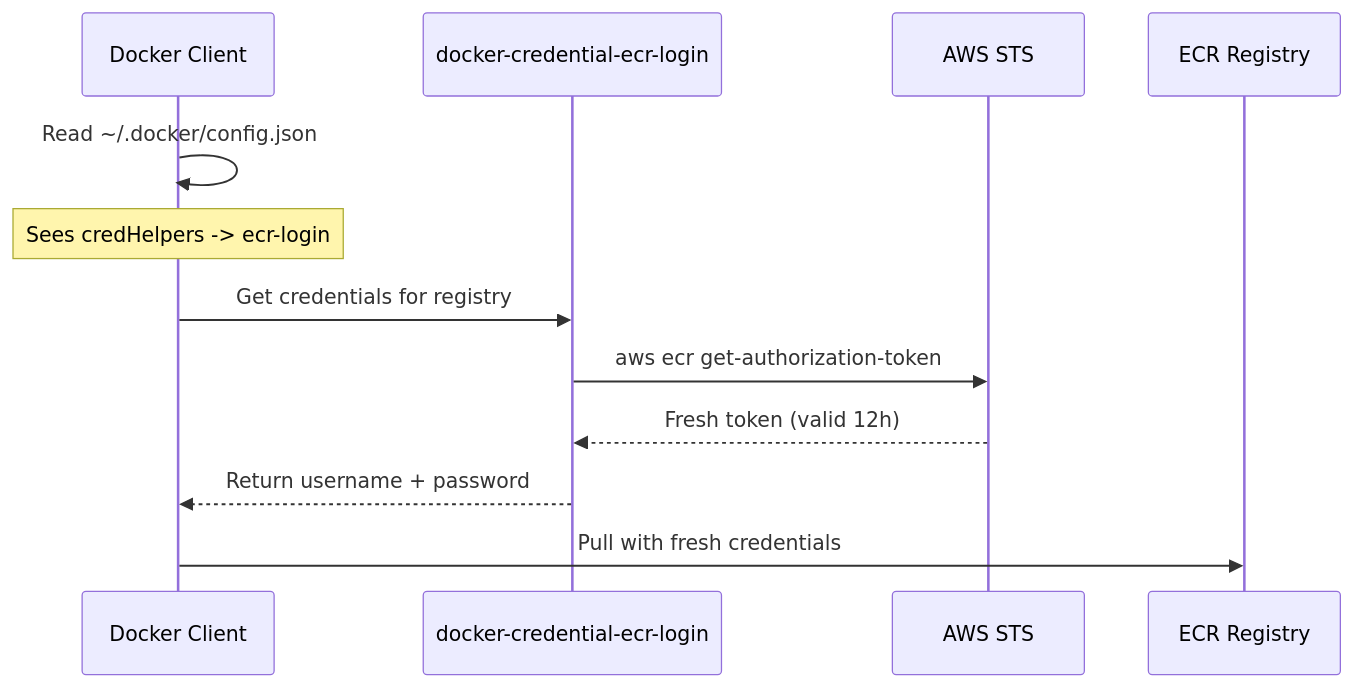
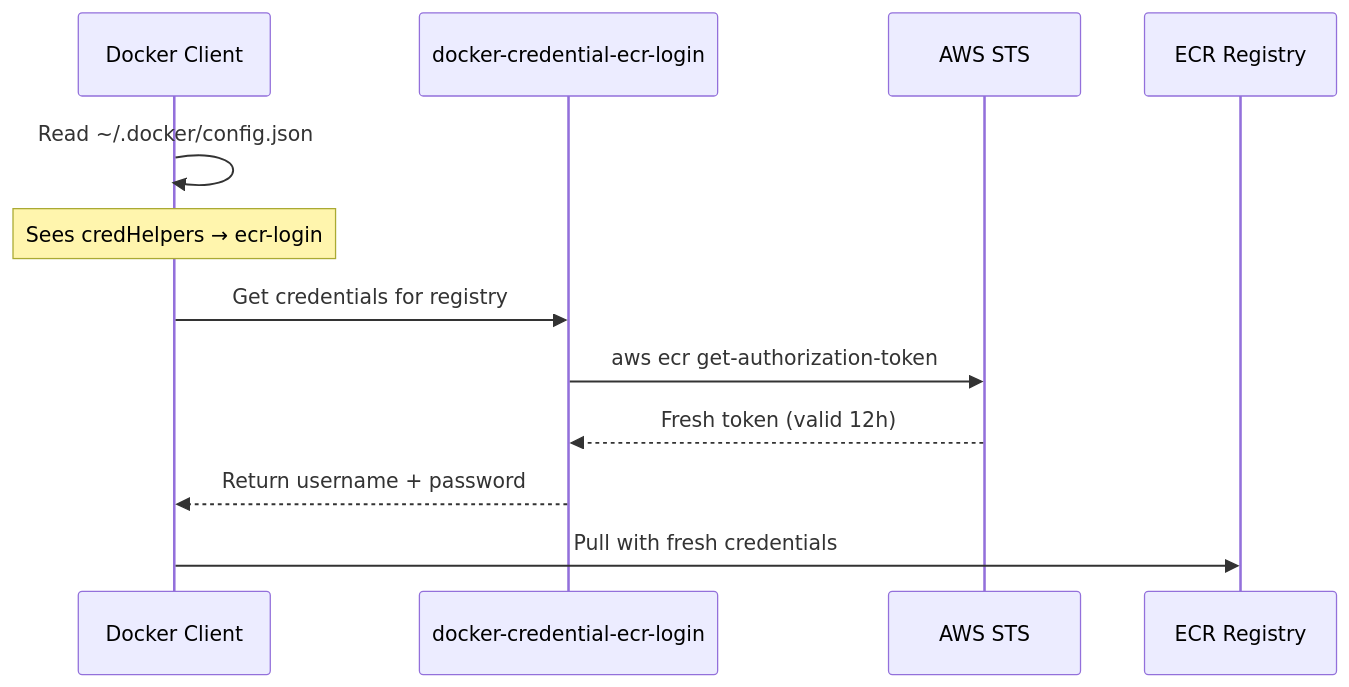
Before and after one commit to brandonwie/brandonwie.dev: the diagram in src/content/posts/en/devops/ecr-credential-helper.md, drawn with Mermaid. The commit also changed other lines of this file and 61 other files, not shown here.

````diff
--- a/src/content/posts/en/devops/ecr-credential-helper.md
+++ b/src/content/posts/en/devops/ecr-credential-helper.md
@@ -82,15 +78,15 @@
 ```mermaid
 sequenceDiagram
     participant Docker as Docker Client
     participant Helper as docker-credential-ecr-login
     participant STS as AWS STS
     participant ECR as ECR Registry
 
     Docker->>Docker: Read ~/.docker/config.json
-    Note over Docker: Sees credHelpers -> ecr-login
+    Note over Docker: Sees credHelpers → ecr-login
     Docker->>Helper: Get credentials for registry
     Helper->>STS: aws ecr get-authorization-token
     STS-->>Helper: Fresh token (valid 12h)
     Helper-->>Docker: Return username + password
     Docker->>ECR: Pull with fresh credentials
 ```
````
